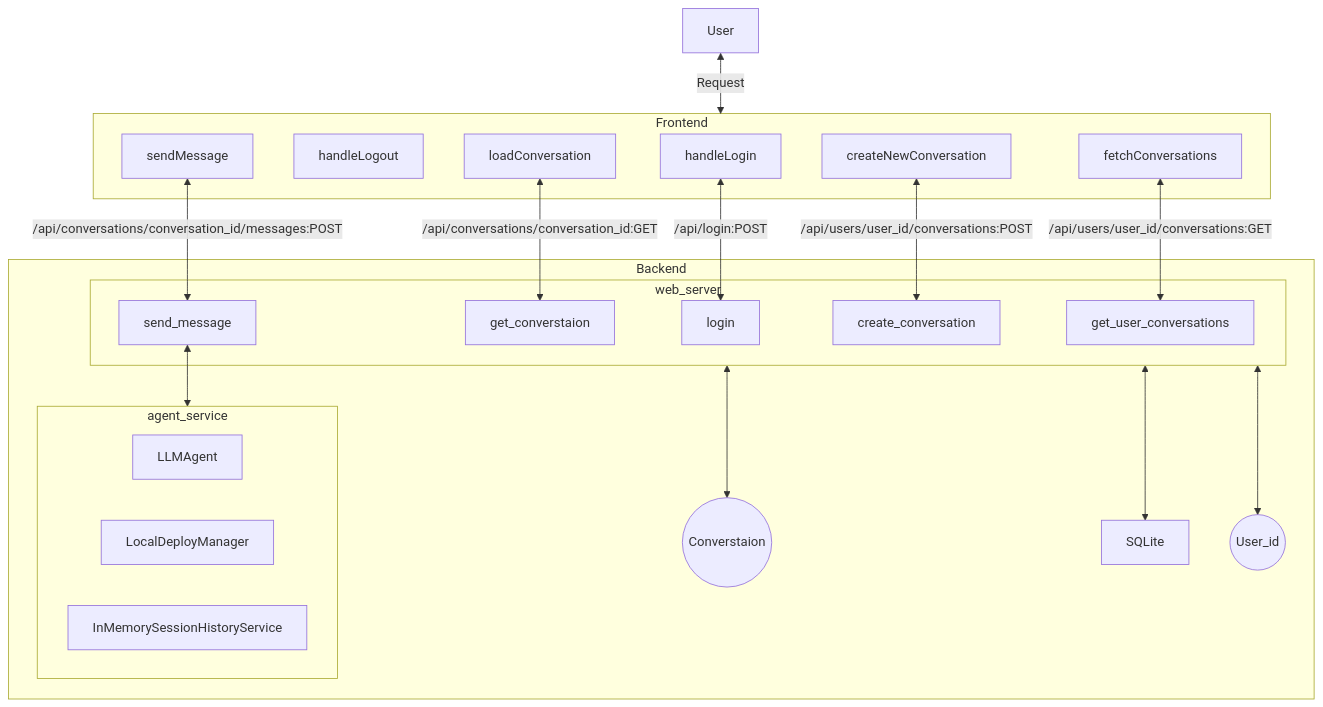
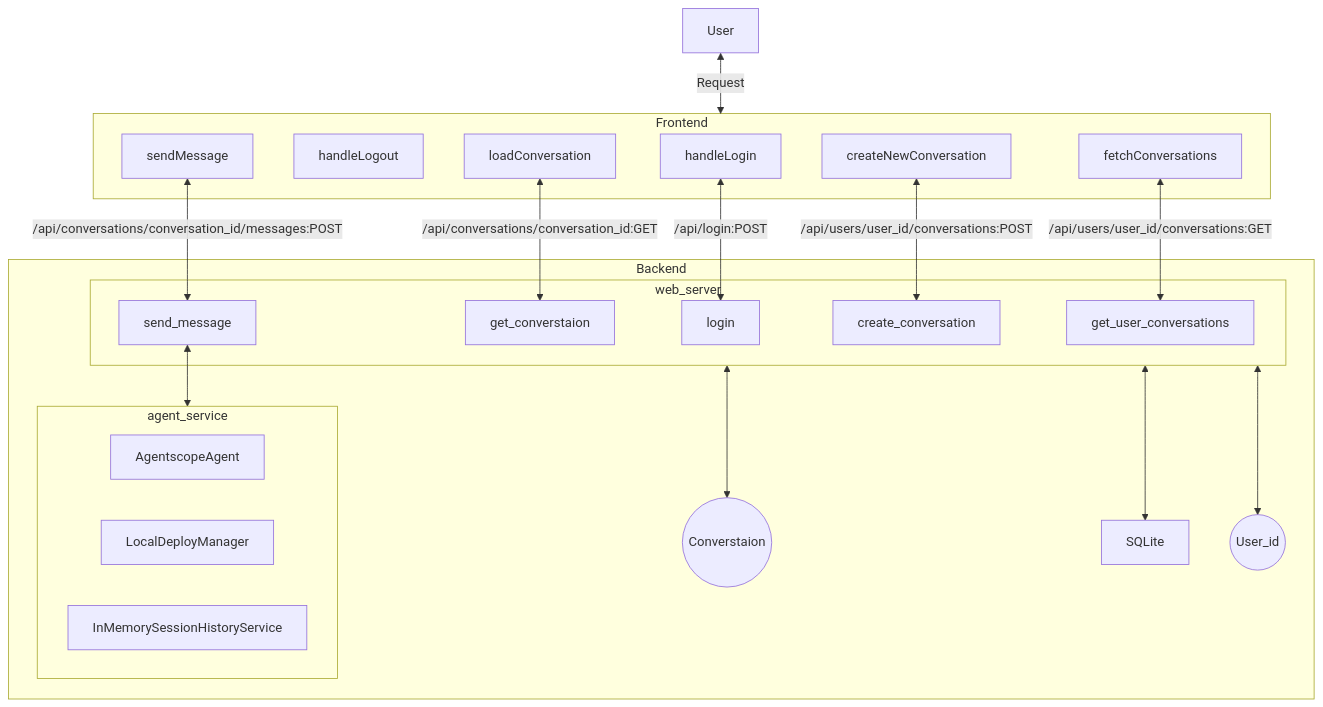
Before and after one commit to zhilingluo/agentscope-runtime: the first of 2 diagrams in demohouse/chatbot/README.md, drawn with Mermaid. The commit also changed 25 other files, not shown here.

````diff
--- a/demohouse/chatbot/README.md
+++ b/demohouse/chatbot/README.md
@@ -82,38 +82,38 @@
 ```mermaid
 graph TD;
     U[User]
 
      subgraph frontend[Frontend]
         FLI[handleLogin]
         FLO[handleLogout]
         FC[createNewConversation]
         FL[loadConversation]
         FCS[fetchConversations]
         FS[sendMessage]
     end
 
     subgraph backend[Backend]
         subgraph WS[web_server]
 
             FCS<-->|/api/users/user_id/conversations:GET|WGUC[get_user_conversations]
             FL <-->|/api/conversations/conversation_id:GET|WGC[get_converstaion]
             FLI<-->|/api/login:POST|WLI[login]
             FC<-->|/api/users/user_id/conversations:POST|WCC[create_conversation]
             FS<-->|/api/conversations/conversation_id/messages:POST|WSM[send_message]
         end
         C((Converstaion))
         WS<-->DB[SQLite]
 
         WS <-->C
         WS <-->UU((User_id))
         subgraph AS[agent_service]
-            ALM[LLMAgent]
+            ALM[AgentscopeAgent]
             ALD[LocalDeployManager]
             ASS[InMemorySessionHistoryService]
         end
         WSM <--> AS
     end
 
 
     U<-->|Request|frontend
 ```
````
